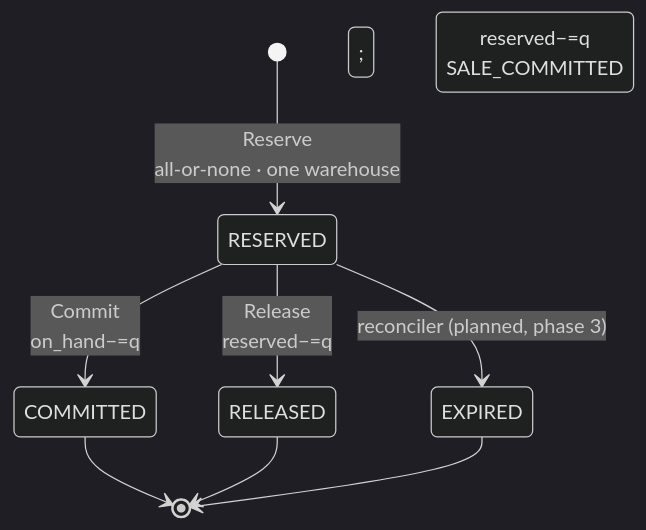
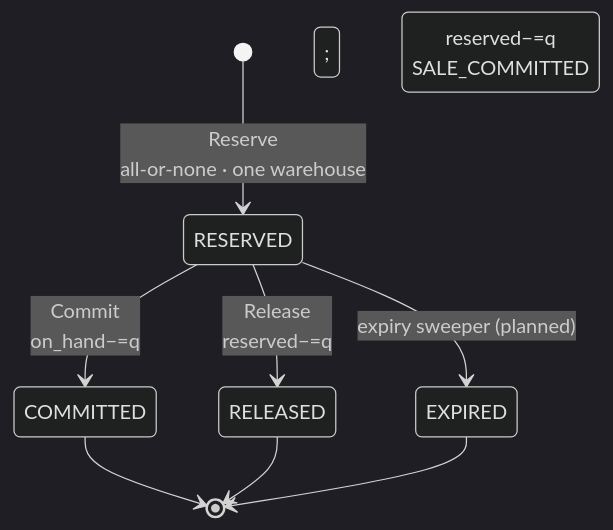
The second of 2 diagrams in docs/api/inventory.md (duynhlab/homelab), drawn with Mermaid (dark theme) before and after one commit. The commit also changed other lines of this file and 6 other files, not shown here.

````diff
--- a/docs/api/inventory.md
+++ b/docs/api/inventory.md
@@ -173,10 +173,10 @@
 ```mermaid
 stateDiagram-v2
     [*] --> RESERVED: Reserve<br/>all-or-none · one warehouse
     RESERVED --> COMMITTED: Commit<br/>on_hand−=q; reserved−=q<br/>SALE_COMMITTED
     RESERVED --> RELEASED: Release<br/>reserved−=q
-    RESERVED --> EXPIRED: reconciler (planned, phase 3)
+    RESERVED --> EXPIRED: expiry sweeper (planned)
     COMMITTED --> [*]
     RELEASED --> [*]
     EXPIRED --> [*]
 ```
````
